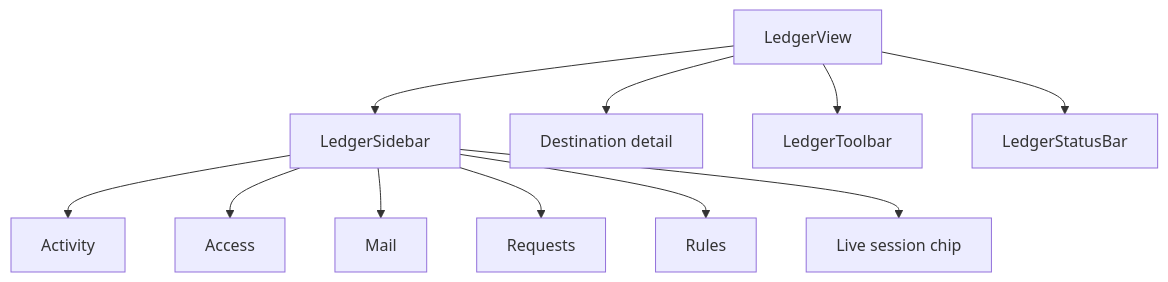
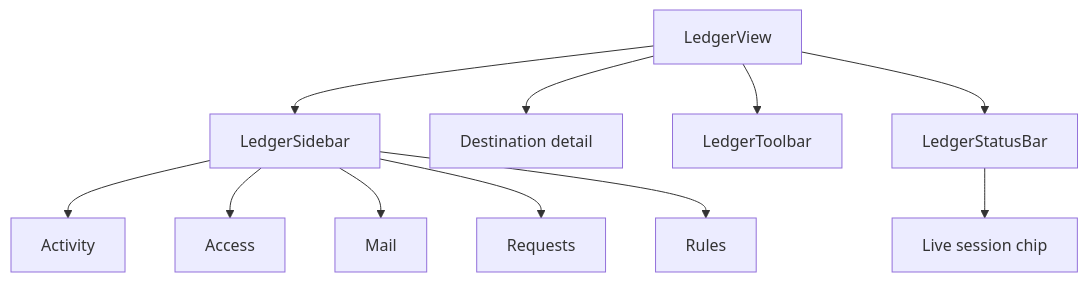
One commit to Spatial-Duality/Manifold changed the fourth of 9 diagrams in docs/ui-map.md. Above: the diagram before and after it, drawn with Mermaid. The commit also changed other lines of this file and 9 other files, not shown here.

````diff
--- a/docs/ui-map.md
+++ b/docs/ui-map.md
@@ -70,14 +70,14 @@
 ```mermaid
 flowchart TD
     A["LedgerView"] --> B["LedgerSidebar"]
     A --> C["Destination detail"]
     A --> D["LedgerToolbar"]
     A --> E["LedgerStatusBar"]
 
     B --> B1["Activity"]
     B --> B2["Access"]
     B --> B3["Mail"]
     B --> B4["Requests"]
     B --> B5["Rules"]
-    B --> B6["Live session chip"]
+    E --> E1["Live session chip"]
 ```
````
